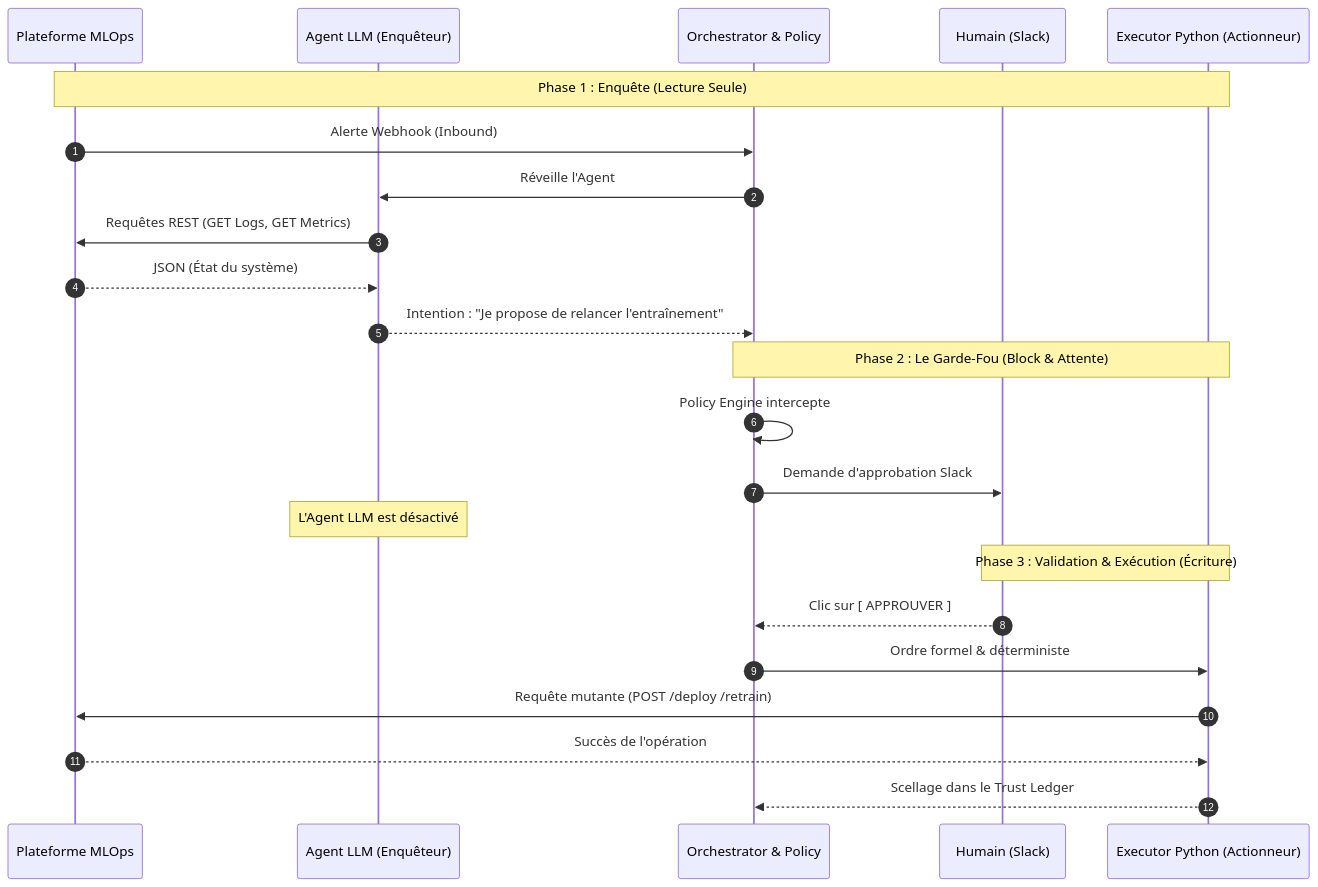
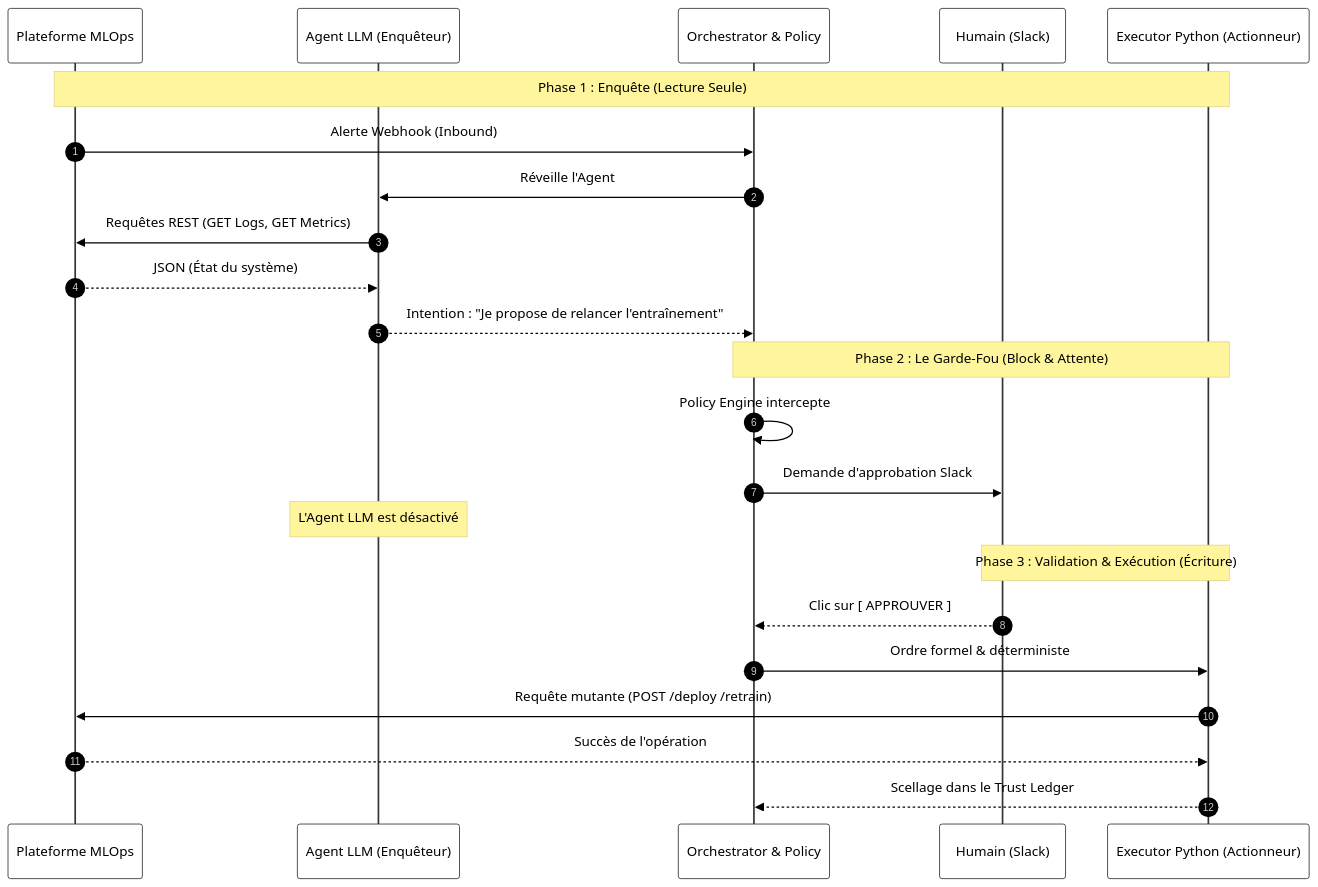
Before and after one commit to nolll77/agentic-ops: the first of 2 diagrams in README.md, drawn with Mermaid. The commit also changed other lines of this file and 3 other files, not shown here.

Commit message:
docs: force light theme explicitly on mermaid diagrams to resolve dark mode unreadability

````diff
--- a/README.md
+++ b/README.md
@@ -133,28 +133,29 @@
 ```mermaid
+%%{init: {'theme': 'base', 'themeVariables': {'primaryColor': '#ffffff', 'primaryTextColor': '#000000', 'primaryBorderColor': '#333333', 'lineColor': '#333333', 'noteBkgColor': '#fff59d', 'noteTextColor': '#000000'}}}%%
 sequenceDiagram
     autonumber
     participant Platform as Plateforme MLOps
     participant Agent as Agent LLM (Enquêteur)
     participant FSM as Orchestrator & Policy
     participant Human as Humain (Slack)
     participant Exec as Executor Python (Actionneur)
 
     Note over Platform, Exec: Phase 1 : Enquête (Lecture Seule)
     Platform->>FSM: Alerte Webhook (Inbound)
     FSM->>Agent: Réveille l'Agent
     Agent->>Platform: Requêtes REST (GET Logs, GET Metrics)
     Platform-->>Agent: JSON (État du système)
     Agent-->>FSM: Intention : "Je propose de relancer l'entraînement"
 
     Note over FSM, Exec: Phase 2 : Le Garde-Fou (Block & Attente)
     FSM->>FSM: Policy Engine intercepte
     FSM->>Human: Demande d'approbation Slack
     Note over Agent: L'Agent LLM est désactivé
     
     Note over Human, Exec: Phase 3 : Validation & Exécution (Écriture)
     Human-->>FSM: Clic sur [ APPROUVER ]
     FSM->>Exec: Ordre formel & déterministe
     Exec->>Platform: Requête mutante (POST /deploy /retrain)
     Platform-->>Exec: Succès de l'opération
     Exec-->>FSM: Scellage dans le Trust Ledger
 ```
````
